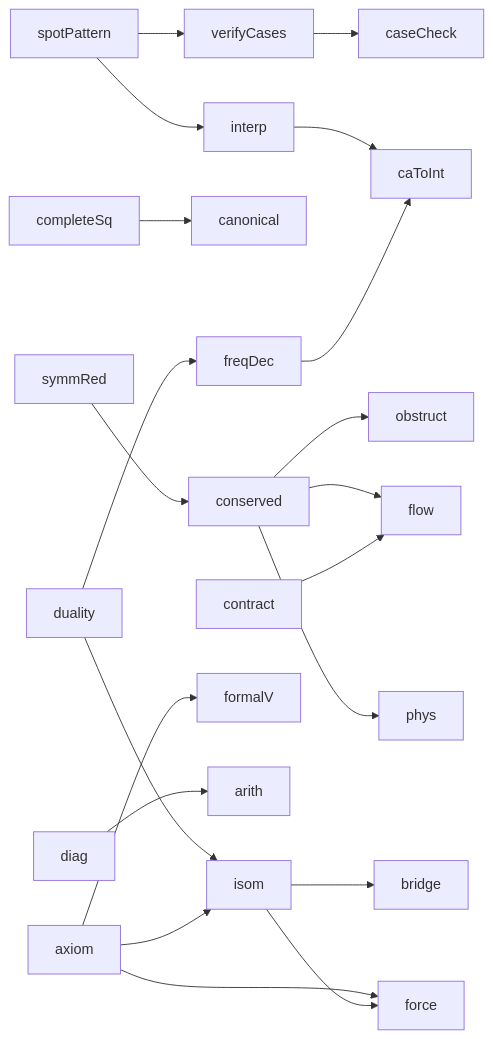
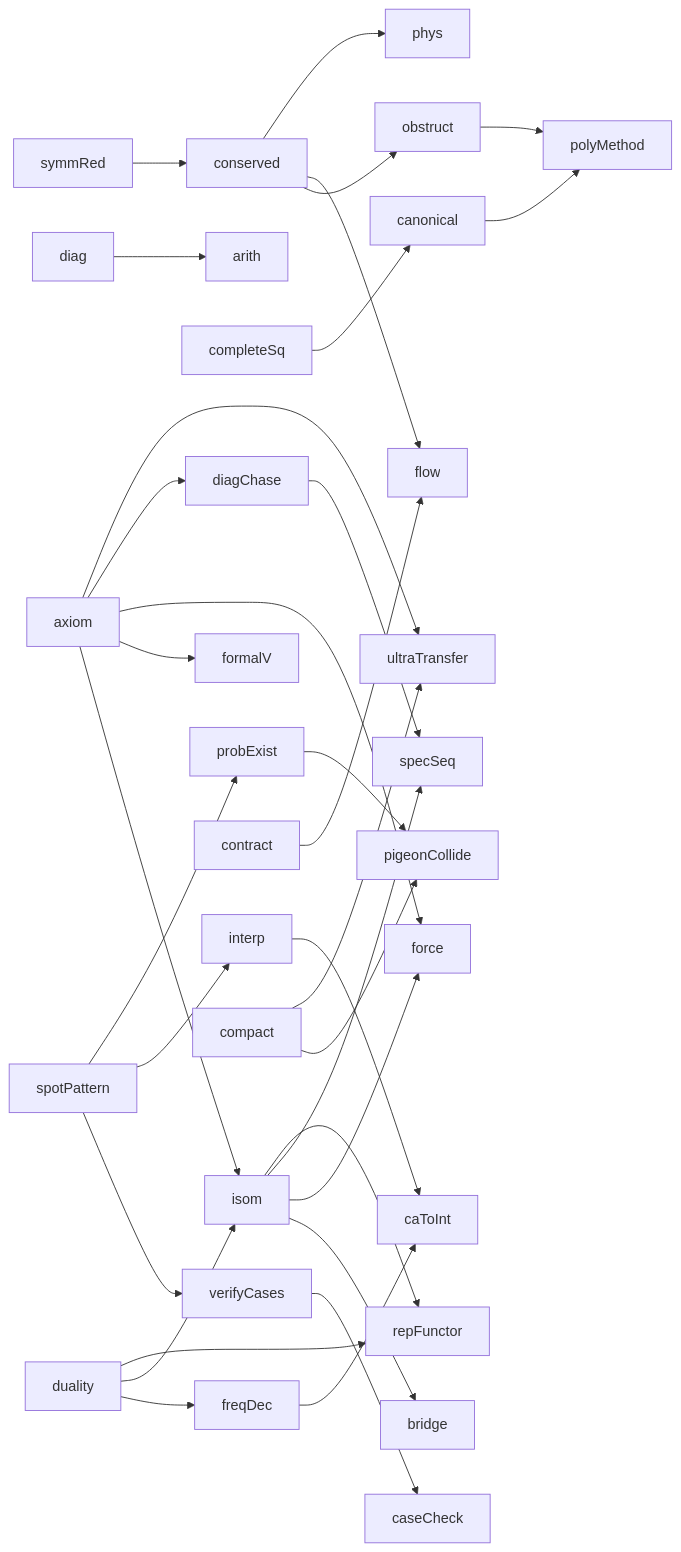
The second of 3 diagrams in 10_toolbox.md (ansumandas441/mathematical-discovery-engine), drawn with Mermaid before and after one commit. The commit also changed other lines of this file and 7 other files, not shown here.

````diff
--- a/10_toolbox.md
+++ b/10_toolbox.md
@@ -455,22 +562,34 @@
 ```mermaid
 graph LR
   spotPattern --> verifyCases
   spotPattern --> interp
   completeSq --> canonical
   symmRed --> conserved
   conserved --> obstruct
   duality --> freqDec
   duality --> isom
   axiom --> isom
   axiom --> formalV
   axiom --> force
   isom --> bridge
   isom --> force
   diag --> arith
   conserved --> flow
   contract --> flow
   verifyCases --> caseCheck
   conserved --> phys
   interp --> caToInt
   freqDec --> caToInt
+  canonical --> polyMethod
+  obstruct --> polyMethod
+  spotPattern --> probExist
+  probExist --> pigeonCollide
+  compact --> pigeonCollide
+  diagChase --> specSeq
+  isom --> specSeq
+  axiom --> diagChase
+  duality --> repFunctor
+  isom --> repFunctor
+  axiom --> ultraTransfer
+  compact --> ultraTransfer
 ```
````
